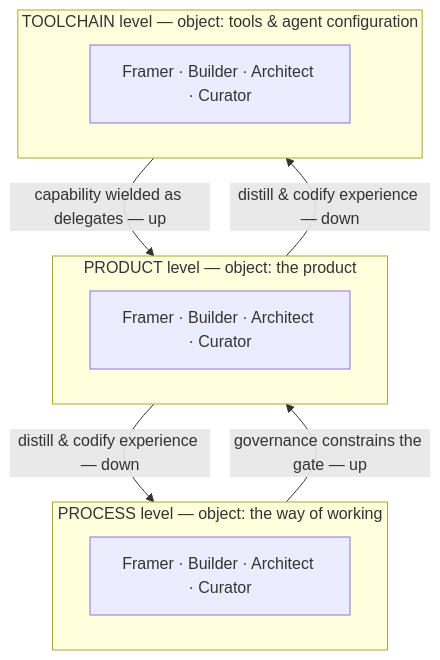
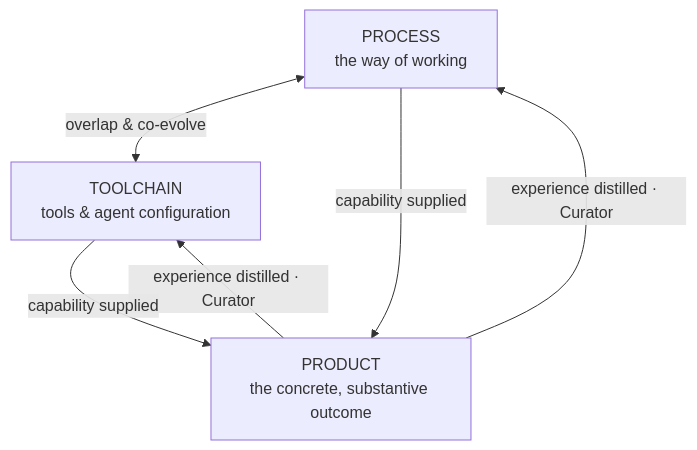
Before and after one commit to cyberuni/cyberplace: the sixth of 6 diagrams in docs/ideas/actor-delegate-model.md, drawn with Mermaid. The commit also changed other lines of this file and 1 other file, not shown here.

````diff
--- a/docs/ideas/actor-delegate-model.md
+++ b/docs/ideas/actor-delegate-model.md
@@ -337,16 +339,11 @@
 ```mermaid
 flowchart TB
-    subgraph PROD["PRODUCT level — object: the product"]
-      P["Framer · Builder · Architect · Curator"]
-    end
-    subgraph PROC["PROCESS level — object: the way of working"]
-      PR["Framer · Builder · Architect · Curator"]
-    end
-    subgraph TOOL["TOOLCHAIN level — object: tools & agent configuration"]
-      T["Framer · Builder · Architect · Curator"]
-    end
-    PROD -->|"distill & codify experience — down"| PROC
-    PROD -->|"distill & codify experience — down"| TOOL
-    TOOL -->|"capability wielded as delegates — up"| PROD
-    PROC -->|"governance constrains the gate — up"| PROD
+    PROC["PROCESS<br/>the way of working"]
+    TOOL["TOOLCHAIN<br/>tools & agent configuration"]
+    PROD["PRODUCT<br/>the concrete, substantive outcome"]
+    PROC <-->|"overlap & co-evolve"| TOOL
+    PROD -->|"experience distilled · Curator"| PROC
+    PROD -->|"experience distilled · Curator"| TOOL
+    PROC -->|"capability supplied"| PROD
+    TOOL -->|"capability supplied"| PROD
 ```
````
